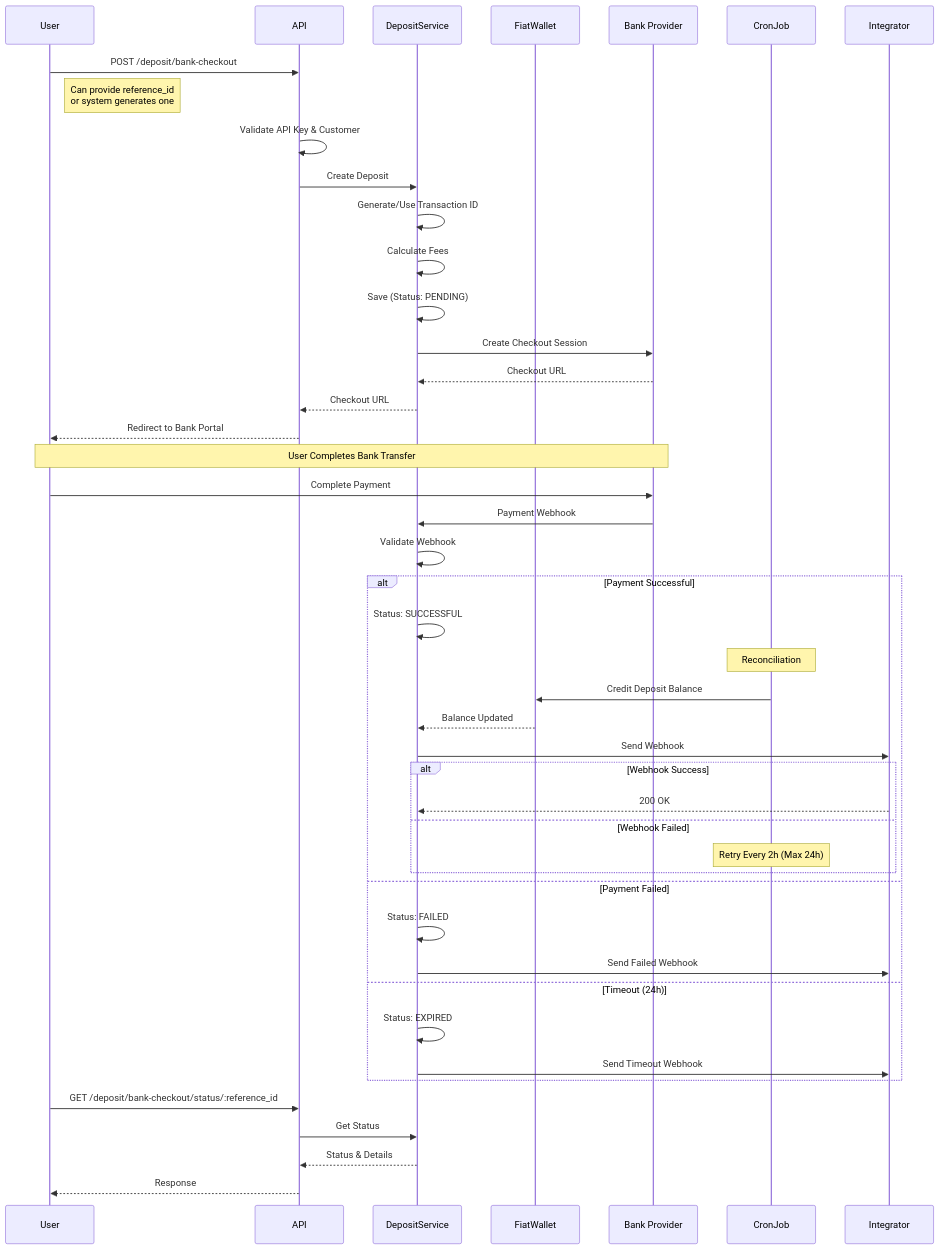
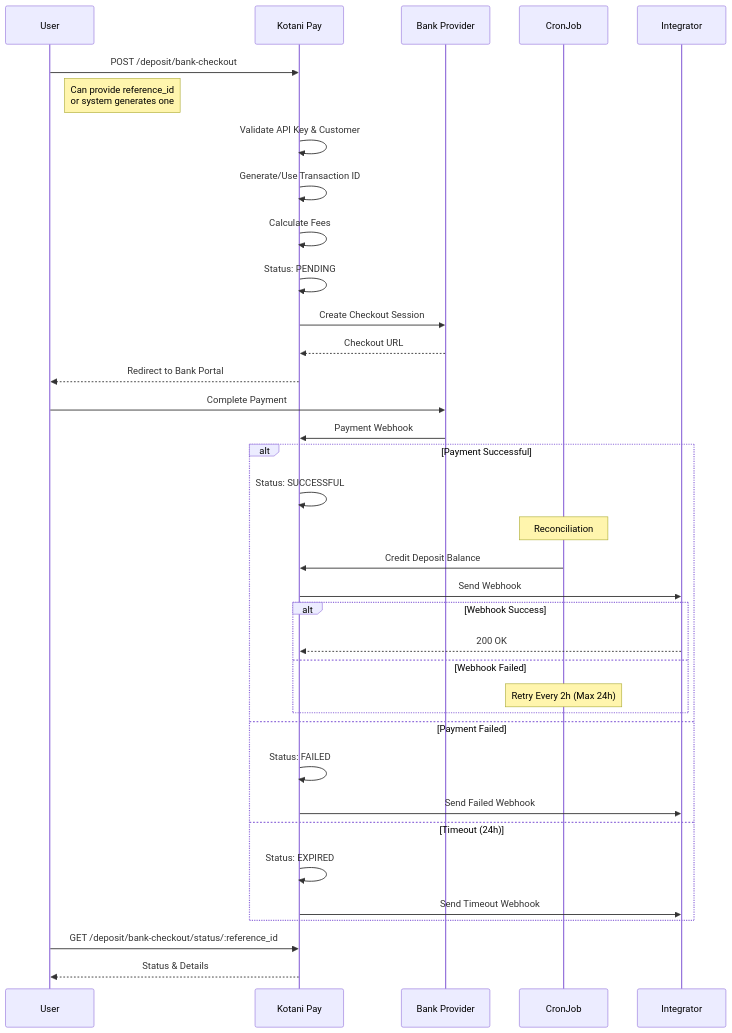
Before and after one commit to john-muinde/docs: the second of 3 diagrams in v3/flows/deposit-flow.mdx, drawn with Mermaid. The commit also changed other lines of this file and 5 other files, not shown here.

````diff
--- a/v3/flows/deposit-flow.mdx
+++ b/v3/flows/deposit-flow.mdx
@@ -98,57 +88,46 @@
 ```mermaid
 sequenceDiagram
     participant User
-    participant API
-    participant DepositService
-    participant FiatWallet
-    participant Provider as Bank Provider
+    participant Kotani Pay
+    participant Bank as Bank Provider
     participant CronJob
     participant Integrator
 
-    User->>API: POST /deposit/bank-checkout
+    User->>Kotani Pay: POST /deposit/bank-checkout
     Note right of User: Can provide reference_id<br/>or system generates one
-    API->>API: Validate API Key & Customer
-    API->>DepositService: Create Deposit
+    Kotani Pay->>Kotani Pay: Validate API Key & Customer
+    Kotani Pay->>Kotani Pay: Generate/Use Transaction ID
+    Kotani Pay->>Kotani Pay: Calculate Fees
+    Kotani Pay->>Kotani Pay: Status: PENDING
 
-    DepositService->>DepositService: Generate/Use Transaction ID
-    DepositService->>DepositService: Calculate Fees
-    DepositService->>DepositService: Save (Status: PENDING)
+    Kotani Pay->>Bank: Create Checkout Session
+    Bank-->>Kotani Pay: Checkout URL
+    Kotani Pay-->>User: Redirect to Bank Portal
 
-    DepositService->>Provider: Create Checkout Session
-    Provider-->>DepositService: Checkout URL
-    DepositService-->>API: Checkout URL
-    API-->>User: Redirect to Bank Portal
-
-    Note over User,Provider: User Completes Bank Transfer
-    User->>Provider: Complete Payment
-
-    Provider->>DepositService: Payment Webhook
-    DepositService->>DepositService: Validate Webhook
+    User->>Bank: Complete Payment
+    Bank->>Kotani Pay: Payment Webhook
 
     alt Payment Successful
-        DepositService->>DepositService: Status: SUCCESSFUL
+        Kotani Pay->>Kotani Pay: Status: SUCCESSFUL
         Note over CronJob: Reconciliation
-        CronJob->>FiatWallet: Credit Deposit Balance
-        FiatWallet-->>DepositService: Balance Updated
+        CronJob->>Kotani Pay: Credit Deposit Balance
 
-        DepositService->>Integrator: Send Webhook
+        Kotani Pay->>Integrator: Send Webhook
         alt Webhook Success
-            Integrator-->>DepositService: 200 OK
+            Integrator-->>Kotani Pay: 200 OK
         else Webhook Failed
             Note over CronJob: Retry Every 2h (Max 24h)
         end
 
     else Payment Failed
-        DepositService->>DepositService: Status: FAILED
-        DepositService->>Integrator: Send Failed Webhook
+        Kotani Pay->>Kotani Pay: Status: FAILED
+        Kotani Pay->>Integrator: Send Failed Webhook
 
     else Timeout (24h)
-        DepositService->>DepositService: Status: EXPIRED
-        DepositService->>Integrator: Send Timeout Webhook
+        Kotani Pay->>Kotani Pay: Status: EXPIRED
+        Kotani Pay->>Integrator: Send Timeout Webhook
     end
 
-    User->>API: GET /deposit/bank-checkout/status/:reference_id
-    API->>DepositService: Get Status
-    DepositService-->>API: Status & Details
-    API-->>User: Response
+    User->>Kotani Pay: GET /deposit/bank-checkout/status/:reference_id
+    Kotani Pay-->>User: Status & Details
 ```
````
